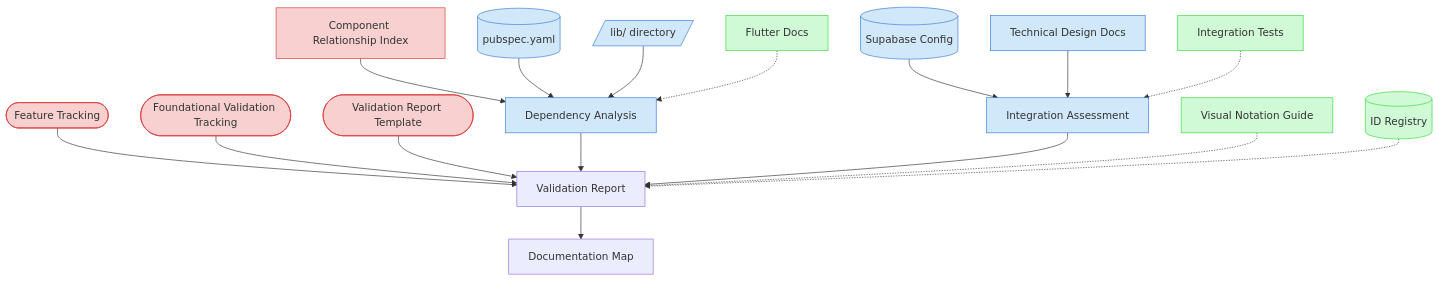
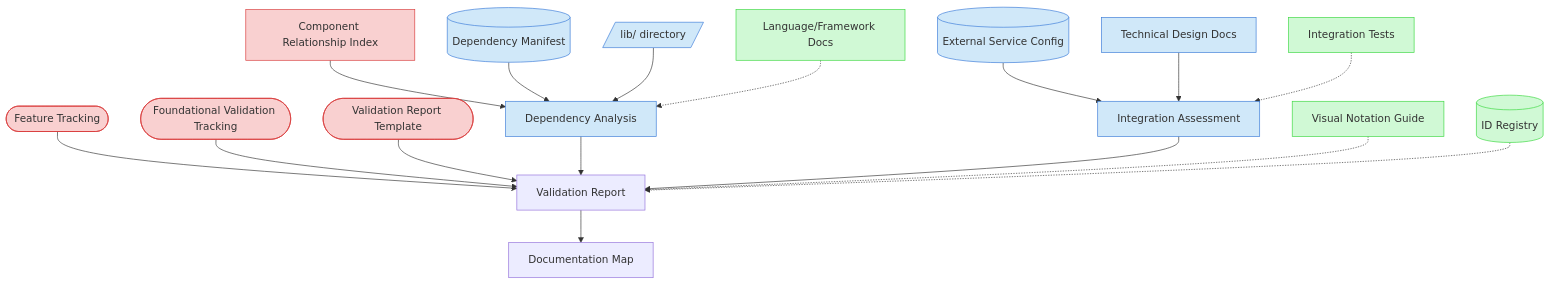
Before and after one commit to Abtomation/LinkWatcher: the diagram in doc/process-framework/visualization/context-maps/05-validation/integration-dependencies-validation-map.md, drawn with Mermaid. The commit also changed other lines of this file and 332 other files, not shown here.

````diff
--- a/doc/process-framework/visualization/context-maps/05-validation/integration-dependencies-validation-map.md
+++ b/doc/process-framework/visualization/context-maps/05-validation/integration-dependencies-validation-map.md
@@ -20,29 +20,29 @@
 ```mermaid
 graph TD
     classDef critical fill:#f9d0d0,stroke:#d83a3a
     classDef important fill:#d0e8f9,stroke:#3a7bd8
     classDef reference fill:#d0f9d5,stroke:#3ad83f
 
     FT([Feature Tracking]) --> VR[Validation Report]
     FVT([Foundational Validation Tracking]) --> VR
     VRT([Validation Report Template]) --> VR
     CRI[Component Relationship Index] --> DA[Dependency Analysis]
 
-    PC[(pubspec.yaml)] --> DA
+    PC[(Dependency Manifest)] --> DA
     LIB[/lib/ directory/] --> DA
-    SUP[(Supabase Config)] --> IA[Integration Assessment]
+    SUP[(External Service Config)] --> IA[Integration Assessment]
     TDD[Technical Design Docs] --> IA
 
     DA --> VR
     IA --> VR
     VR --> DM[Documentation Map]
 
-    FD[Flutter Docs] -.-> DA
+    FD[Language/Framework Docs] -.-> DA
     IT[Integration Tests] -.-> IA
     VNG[Visual Notation Guide] -.-> VR
     IDR[(ID Registry)] -.-> VR
 
     class FT,FVT,VRT,CRI critical
     class PC,LIB,SUP,TDD,DA,IA important
     class FD,IT,VNG,IDR reference
 ```
````
